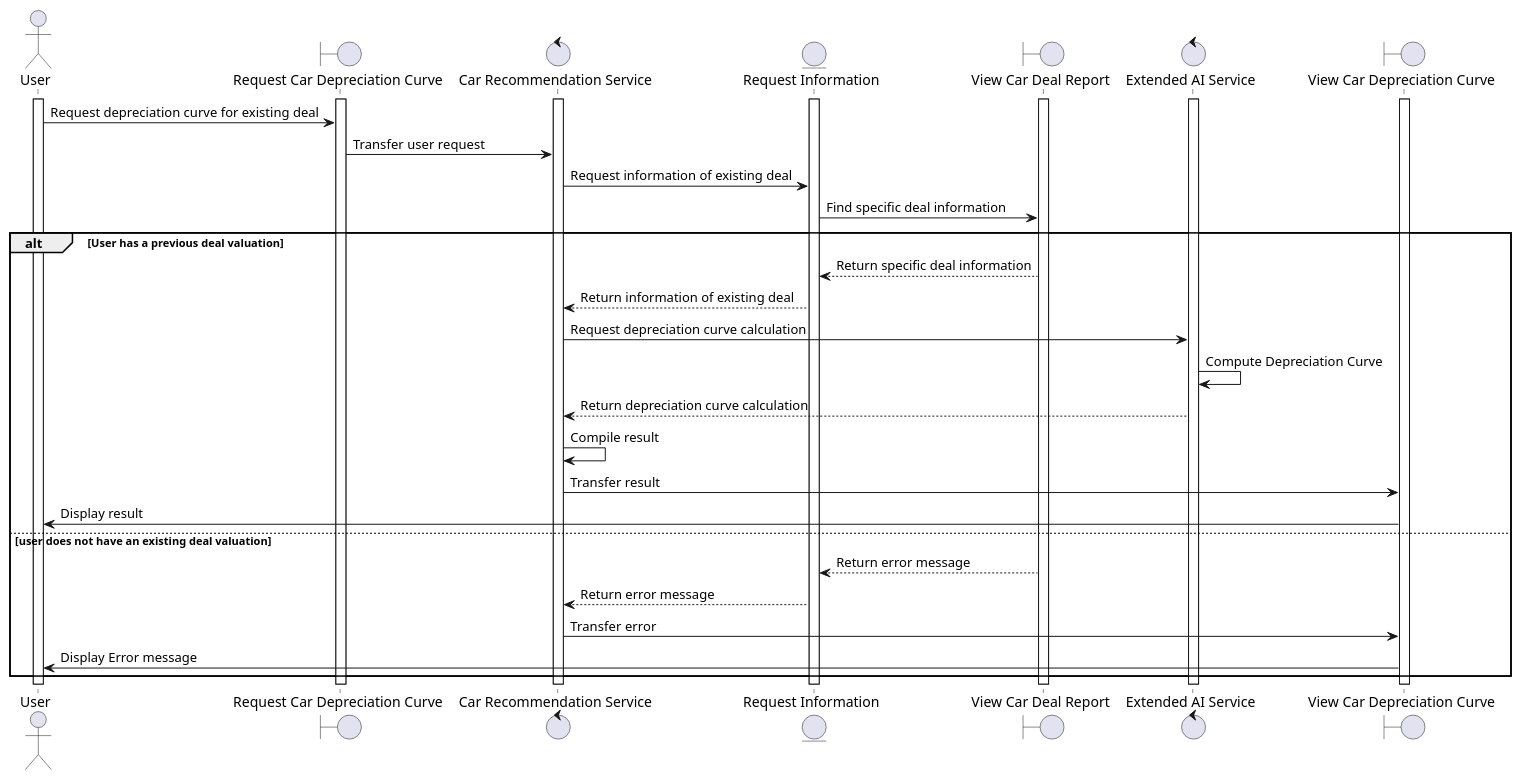
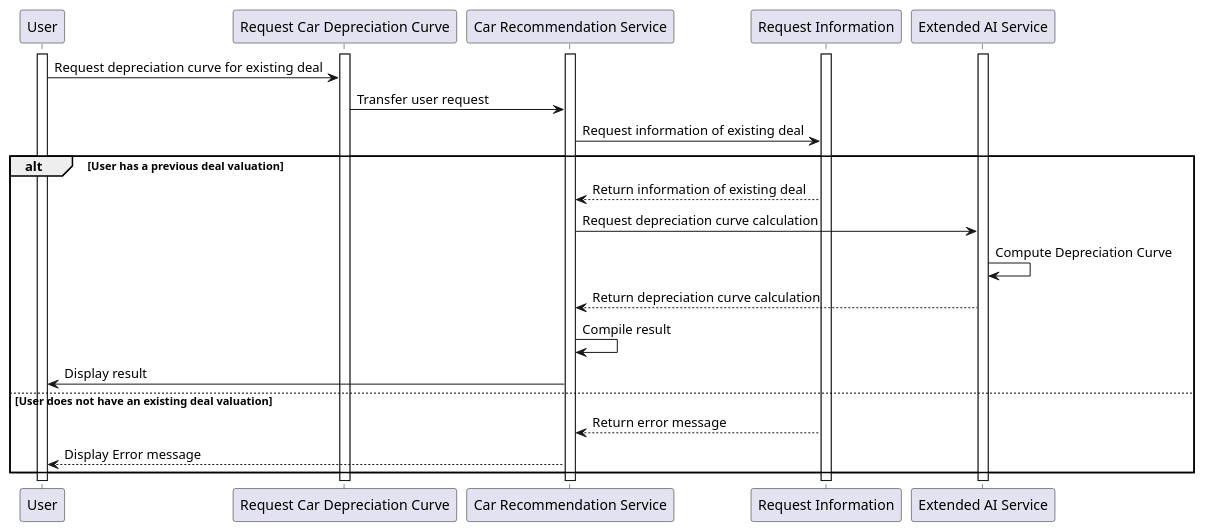
Before and after one commit to AhsanM71/SFWRENG-3A04-D1: the diagram in PUML/BE4.puml, drawn with PlantUML. The commit also changed 13 other files, not shown here.

Commit message:
updated sequence diagrams

```diff
--- a/PUML/BE4.puml
+++ b/PUML/BE4.puml
@@ -1,48 +1,30 @@
-@startuml
-actor User
-boundary "Request Car Depreciation Curve"
-control "Car Recommendation Service"
-entity "Request Information"
-boundary "View Car Deal Report"
-control "Extended AI Service"
-boundary "View Car Depreciation Curve"
-
-
+@startuml be4
+participant User
+participant "Request Car Depreciation Curve"
+participant "Car Recommendation Service"
+participant "Request Information"
+participant "Extended AI Service"
 
 activate User
+activate "Request Car Depreciation Curve"
 activate "Car Recommendation Service"
+activate "Request Information"
 activate "Extended AI Service"
-activate "Request Car Depreciation Curve"
-activate "View Car Depreciation Curve"
-activate "Request Information"
-activate  "View Car Deal Report"
-
 
 User -> "Request Car Depreciation Curve": Request depreciation curve for existing deal
-"Request Car Depreciation Curve"->"Car Recommendation Service": Transfer user request
-"Car Recommendation Service"-> "Request Information": Request information of existing deal
-"Request Information"->"View Car Deal Report": Find specific deal information
+"Request Car Depreciation Curve" -> "Car Recommendation Service": Transfer user request
+"Car Recommendation Service" -> "Request Information": Request information of existing deal
+
 alt User has a previous deal valuation
-"Request Information"<--"View Car Deal Report": Return specific deal information
-"Car Recommendation Service"<-- "Request Information": Return information of existing deal
-"Car Recommendation Service"->"Extended AI Service": Request depreciation curve calculation
-"Extended AI Service"->"Extended AI Service": Compute Depreciation Curve
-"Car Recommendation Service"<--"Extended AI Service": Return depreciation curve calculation
-"Car Recommendation Service"->"Car Recommendation Service": Compile result
-"Car Recommendation Service"->"View Car Depreciation Curve": Transfer result
-
-"View Car Depreciation Curve"->User:Display result
-
-
-else user does not have an existing deal valuation
-"Request Information"<--"View Car Deal Report": Return error message
-"Car Recommendation Service"<-- "Request Information": Return error message
-"Car Recommendation Service"->"View Car Depreciation Curve": Transfer error
-User<-"View Car Depreciation Curve": Display Error message
-
-
+    "Car Recommendation Service" <-- "Request Information": Return information of existing deal
+    "Car Recommendation Service" -> "Extended AI Service": Request depreciation curve calculation
+    "Extended AI Service" -> "Extended AI Service": Compute Depreciation Curve
+    "Car Recommendation Service" <-- "Extended AI Service": Return depreciation curve calculation
+    "Car Recommendation Service" -> "Car Recommendation Service": Compile result
+    "Car Recommendation Service" -> User: Display result
+else User does not have an existing deal valuation
+    "Car Recommendation Service" <-- "Request Information": Return error message
+    User <-- "Car Recommendation Service": Display Error message
 end
 
-
-
 @enduml
```
